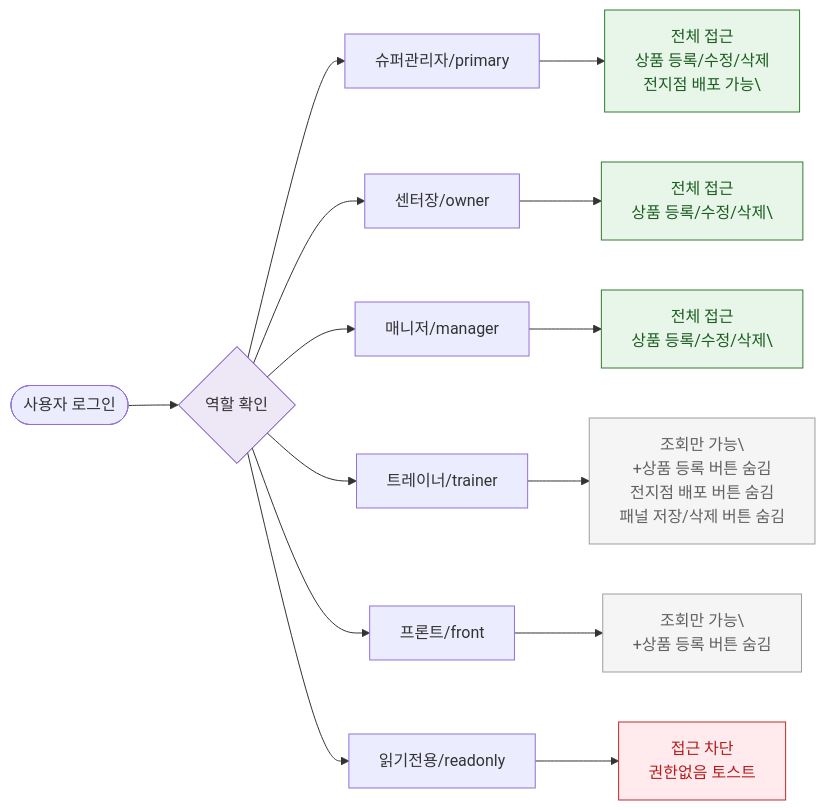
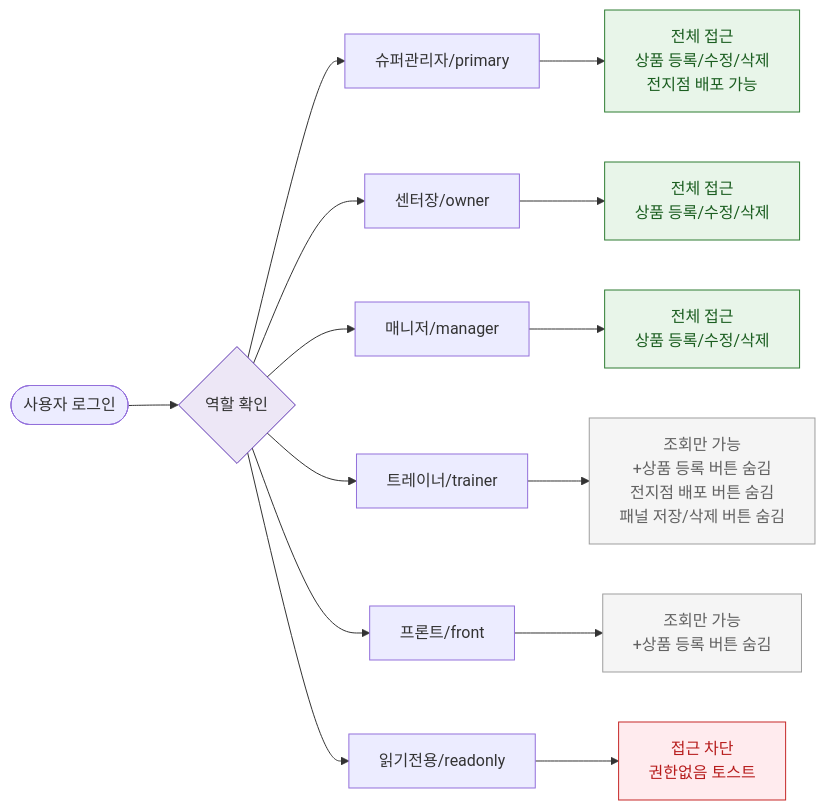
Before and after one commit to dev-spogym/admin-pando: the diagram in docs/admin/다이어그램/D05_상품관리/SCR-P001_상품관리/F7_권한RBAC.md, drawn with Mermaid. The commit also changed 369 other files, not shown here.

````diff
--- a/docs/admin/다이어그램/D05_상품관리/SCR-P001_상품관리/F7_권한RBAC.md
+++ b/docs/admin/다이어그램/D05_상품관리/SCR-P001_상품관리/F7_권한RBAC.md
@@ -17,28 +17,28 @@
 ```mermaid
 flowchart LR
     USER([사용자 로그인]) --> RoleCheck{역할 확인}
 
     RoleCheck --> PRIMARY[슈퍼관리자/primary]
     RoleCheck --> OWNER[센터장/owner]
     RoleCheck --> MGR[매니저/manager]
     RoleCheck --> TRAINER[트레이너/trainer]
     RoleCheck --> FRONT[프론트/front]
     RoleCheck --> READONLY[읽기전용/readonly]
 
-    PRIMARY --> P_FULL[전체 접근\n상품 등록/수정/삭제\n전지점 배포 가능\]
-    OWNER --> O_FULL[전체 접근\n상품 등록/수정/삭제\]
-    MGR --> M_FULL[전체 접근\n상품 등록/수정/삭제\]
-    TRAINER --> T_READ[조회만 가능\\n+상품 등록 버튼 숨김\n전지점 배포 버튼 숨김\n패널 저장/삭제 버튼 숨김]
-    FRONT --> F_READ[조회만 가능\\n+상품 등록 버튼 숨김]
+    PRIMARY --> P_FULL[전체 접근\n상품 등록/수정/삭제\n전지점 배포 가능]
+    OWNER --> O_FULL[전체 접근\n상품 등록/수정/삭제]
+    MGR --> M_FULL[전체 접근\n상품 등록/수정/삭제]
+    TRAINER --> T_READ[조회만 가능<br/>+상품 등록 버튼 숨김\n전지점 배포 버튼 숨김\n패널 저장/삭제 버튼 숨김]
+    FRONT --> F_READ[조회만 가능<br/>+상품 등록 버튼 숨김]
     READONLY --> R_BLOCK[접근 차단\n권한없음 토스트]
 
     classDef screen fill:#E3F2FD,stroke:#1976D2,color:#0D47A1
     classDef success fill:#E8F5E9,stroke:#2E7D32,color:#1B5E20
     classDef rbacBlocked fill:#F5F5F5,stroke:#9E9E9E,color:#616161
     classDef error fill:#FFEBEE,stroke:#C62828,color:#B71C1C
     classDef system fill:#EDE7F6,stroke:#5E35B2
     class P_FULL,O_FULL,M_FULL success
     class T_READ,F_READ rbacBlocked
     class R_BLOCK error
     class RoleCheck system
 ```
````
